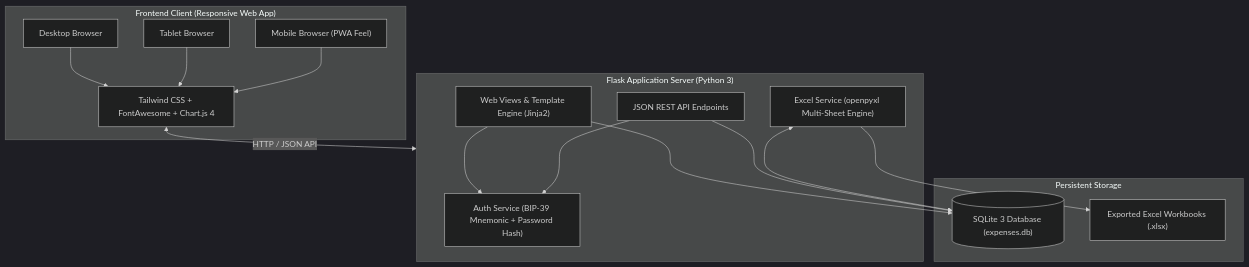
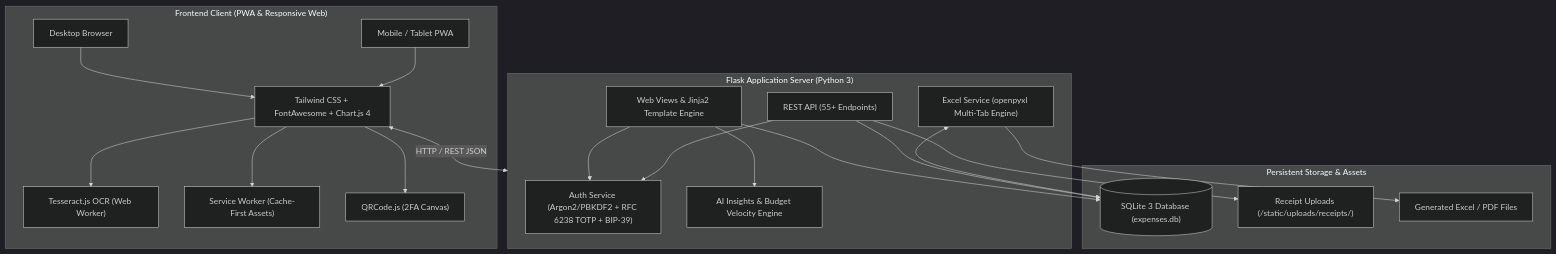
Before and after one commit to Akhil-Binu/personal-expense-tracker: the diagram in README.md, drawn with Mermaid (dark theme). The commit also changed other lines of this file and 21 other files, not shown here.

Commit message:
Release v2.0.0: Income Streams, Subscriptions, Financial Goals, AI Receipt OCR, AI Spending Insights, PWA, PDF Statements, and RFC 6238 2FA

````diff
--- a/README.md
+++ b/README.md
@@ -73,32 +90,40 @@
 ```mermaid
 flowchart TD
-    subgraph Client["Frontend Client (Responsive Web App)"]
+    subgraph Client["Frontend Client (PWA & Responsive Web)"]
         A["Desktop Browser"]
-        B["Tablet Browser"]
-        C["Mobile Browser (PWA Feel)"]
+        B["Mobile / Tablet PWA"]
         UI["Tailwind CSS + FontAwesome + Chart.js 4"]
+        OCR["Tesseract.js OCR (Web Worker)"]
+        SW["Service Worker (Cache-First Assets)"]
+        QR["QRCode.js (2FA Canvas)"]
         A --> UI
         B --> UI
-        C --> UI
+        UI --> OCR
+        UI --> SW
+        UI --> QR
     end
 
     subgraph Server["Flask Application Server (Python 3)"]
-        AUTH["Auth Service (BIP-39 Mnemonic + Password Hash)"]
-        ROUTES["Web Views & Template Engine (Jinja2)"]
-        API["JSON REST API Endpoints"]
-        EXCEL["Excel Service (openpyxl Multi-Sheet Engine)"]
+        AUTH["Auth Service (Argon2/PBKDF2 + RFC 6238 TOTP + BIP-39)"]
+        AI["AI Insights & Budget Velocity Engine"]
+        EXCEL["Excel Service (openpyxl Multi-Tab Engine)"]
+        ROUTES["Web Views & Jinja2 Template Engine"]
+        API["REST API (55+ Endpoints)"]
     end
 
-    subgraph Storage["Persistent Storage"]
+    subgraph Storage["Persistent Storage & Assets"]
         DB[("SQLite 3 Database (expenses.db)")]
-        FILES["Exported Excel Workbooks (.xlsx)"]
+        RECEIPTS["Receipt Uploads (/static/uploads/receipts/)"]
+        EXPORTS["Generated Excel / PDF Files"]
     end
 
-    UI <-->|HTTP / JSON API| Server
+    UI <-->|HTTP / REST JSON| Server
     ROUTES --> AUTH
     API --> AUTH
+    ROUTES --> AI
     ROUTES --> DB
     API --> DB
     EXCEL <--> DB
-    EXCEL --> FILES
+    API --> RECEIPTS
+    EXCEL --> EXPORTS
 ```
````
